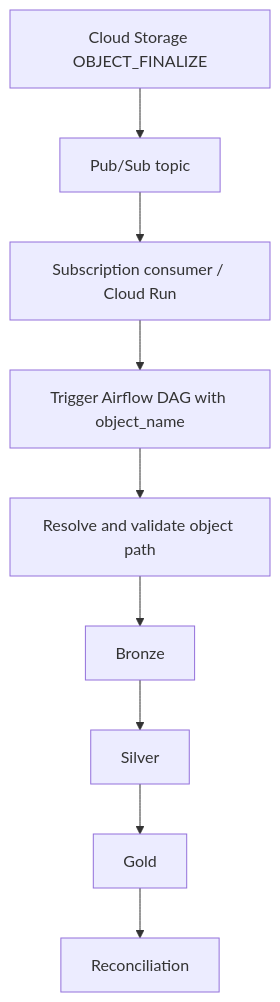
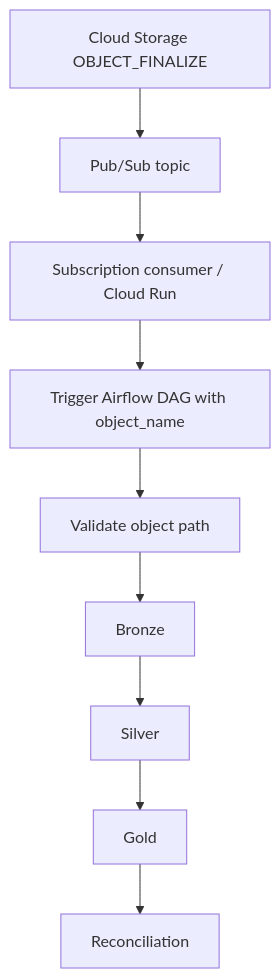
Before and after one commit to cloudwithpavan/cloudpulse-gcp-customer-lakehouse: the second of 2 diagrams in cloudpulse-documentation/docs/architecture.md, drawn with Mermaid. The commit also changed other lines of this file and 23 other files, not shown here.

````diff
--- a/cloudpulse-documentation/docs/architecture.md
+++ b/cloudpulse-documentation/docs/architecture.md
@@ -18,11 +16,11 @@
 ```mermaid
 flowchart TD
     A[Cloud Storage OBJECT_FINALIZE] --> B[Pub/Sub topic]
     B --> C[Subscription consumer / Cloud Run]
     C --> D[Trigger Airflow DAG with object_name]
-    D --> E[Resolve and validate object path]
+    D --> E[Validate object path]
     E --> F[Bronze]
     F --> G[Silver]
     G --> H[Gold]
     H --> I[Reconciliation]
 ```
````
